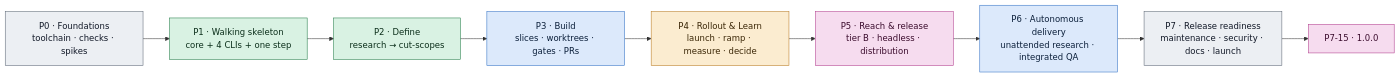
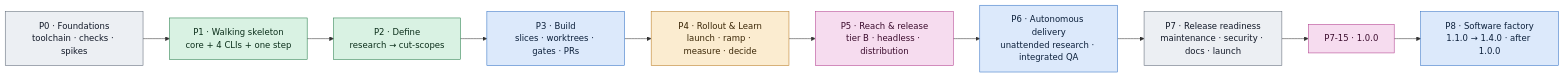
Before and after one commit to dreamingechoes/wholeloop: the diagram in roadmap/README.md, drawn with Mermaid. The commit also changed other lines of this file and 12 other files, not shown here.

````diff
--- a/roadmap/README.md
+++ b/roadmap/README.md
@@ -21,16 +21,17 @@
 ```mermaid
 flowchart LR
   P0["P0 · Foundations<br/>toolchain · checks · spikes"]:::core --> P1["P1 · Walking skeleton<br/>core + 4 CLIs + one step"]:::define
   P1 --> P2["P2 · Define<br/>research → cut-scopes"]:::define
   P2 --> P3["P3 · Build<br/>slices · worktrees · gates · PRs"]:::build
   P3 --> P4["P4 · Rollout & Learn<br/>launch · ramp · measure · decide"]:::rollout
   P4 --> P5["P5 · Reach & release<br/>tier B · headless · distribution"]:::learn
   P5 --> P6["P6 · Autonomous delivery<br/>unattended research · integrated QA"]:::build
   P6 --> P7["P7 · Release readiness<br/>maintenance · security · docs · launch"]:::core
   P7 --> V1["P7-15 · 1.0.0"]:::learn
+  V1 --> P8["P8 · Software factory<br/>1.1.0 → 1.4.0 · after 1.0.0"]:::build
   classDef core fill:#eceff3,stroke:#5b6573,color:#111827;
   classDef define fill:#d9f2e3,stroke:#1f7a45,color:#0b2e1a;
   classDef build fill:#dce9fb,stroke:#2f6fc4,color:#0b1f3a;
   classDef rollout fill:#fbecd0,stroke:#b7791f,color:#3a2606;
   classDef learn fill:#f6dcef,stroke:#b03a8c,color:#3a0b2c;
 ```
````
